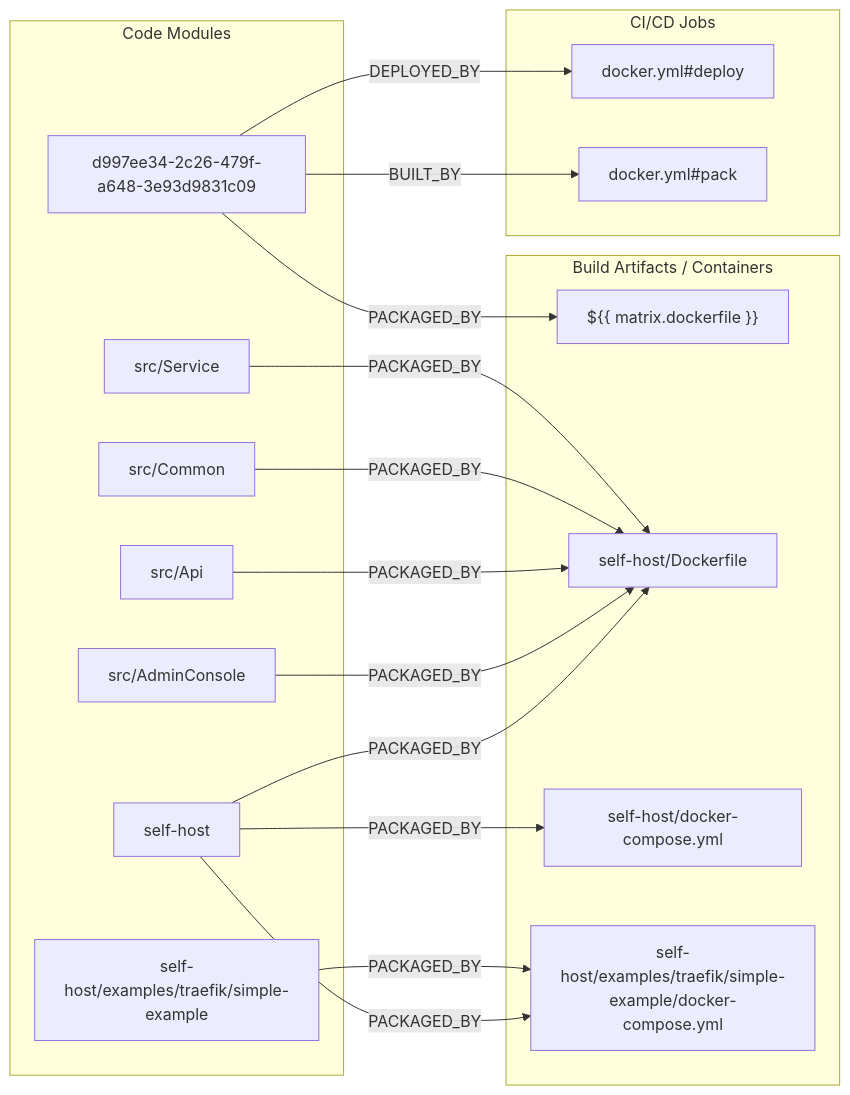
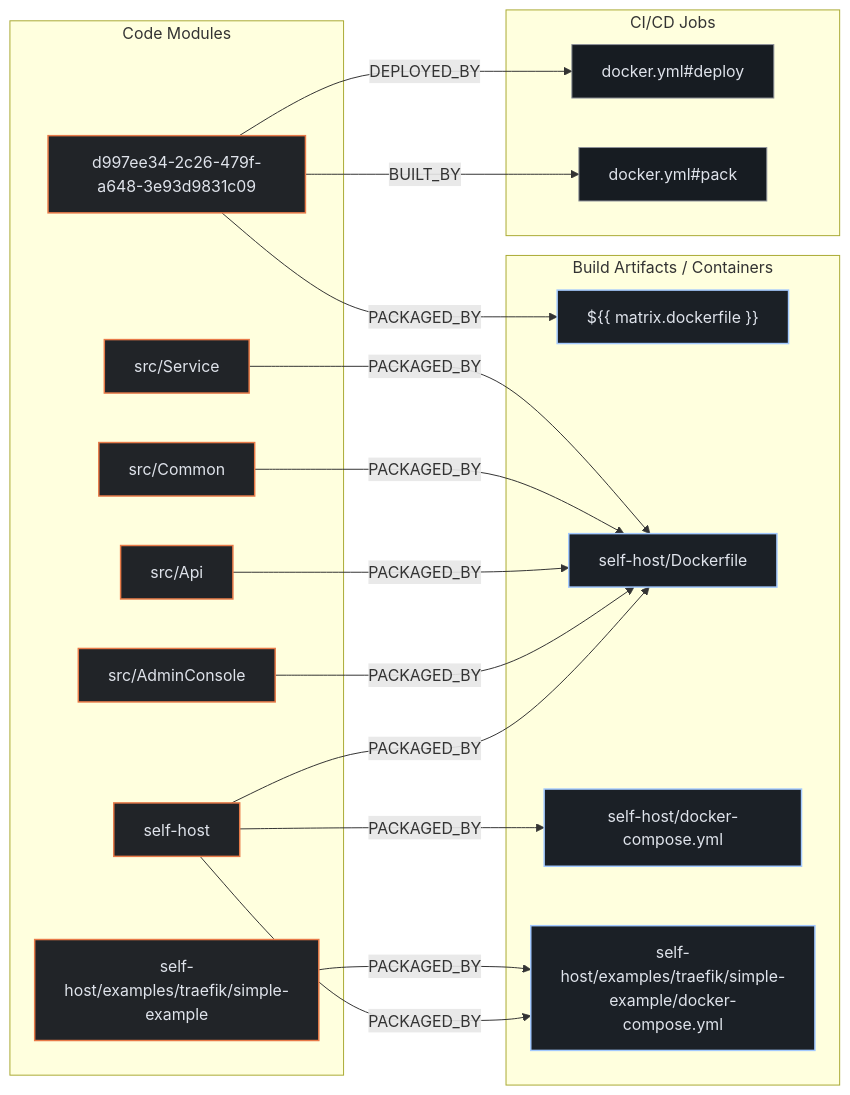
Before and after one commit to kumarshaz/atruss-code-atlas: the second of 3 diagrams in exports/latest/reports/bitwarden-passwordless-server-report.md, drawn with Mermaid. The commit also changed other lines of this file and 331 other files, not shown here.

Commit message:
docs,ui,fix: update SDLC docs, reorder CI/CD DAG first, stylize Mermaid, and fix Arc42 pipeline topology

````diff
--- a/exports/latest/reports/bitwarden-passwordless-server-report.md
+++ b/exports/latest/reports/bitwarden-passwordless-server-report.md
@@ -217,33 +224,37 @@
 ```mermaid
 flowchart LR
+    classDef atlasCategory fill:#212428,stroke:#E87A48,stroke-width:1.5px,color:#dfe3eb
+    classDef atlasWorkflow fill:#1b2026,stroke:#a3c9ff,stroke-width:1.5px,color:#dfe3eb
+    classDef atlasJob fill:#171c22,stroke:#8d9199,stroke-width:1px,color:#dfe3eb
+    classDef atlasTarget fill:#005227,stroke:#8bd99b,stroke-width:1.5px,color:#a7f6b6
     subgraph code_modules["Code Modules"]
-        mod_d997ee34_2c26_479f_a648_3e93d9831c09["d997ee34-2c26-479f-a648-3e93d9831c09"]
-        mod_self_host["self-host"]
-        mod_self_host_examples_traefik_simple_example["self-host/examples/traefik/simple-example"]
-        mod_src_AdminConsole["src/AdminConsole"]
-        mod_src_Api["src/Api"]
-        mod_src_Common["src/Common"]
-        mod_src_Service["src/Service"]
+        mod_d997ee34_2c26_479f_a648_3e93d9831c09["d997ee34-2c26-479f-a648-3e93d9831c09"]:::atlasCategory
+        mod_self_host["self-host"]:::atlasCategory
+        mod_self_host_examples_traefik_simple_example["self-host/examples/traefik/simple-example"]:::atlasCategory
+        mod_src_AdminConsole["src/AdminConsole"]:::atlasCategory
+        mod_src_Api["src/Api"]:::atlasCategory
+        mod_src_Common["src/Common"]:::atlasCategory
+        mod_src_Service["src/Service"]:::atlasCategory
     end
     subgraph build_artifacts["Build Artifacts / Containers"]
-        art_____matrix_dockerfile___["${{ matrix.dockerfile }}"]
-        art_self_host_Dockerfile["self-host/Dockerfile"]
-        art_self_host_docker_compose_yml["self-host/docker-compose.yml"]
-        art_self_host_examples_traefik_simple_example_docker_compose_yml["self-host/examples/traefik/simple-example/docker-compose.yml"]
+        art_____matrix_dockerfile___["${{ matrix.dockerfile }}"]:::atlasWorkflow
+        art_self_host_Dockerfile["self-host/Dockerfile"]:::atlasWorkflow
+        art_self_host_docker_compose_yml["self-host/docker-compose.yml"]:::atlasWorkflow
+        art_self_host_examples_traefik_simple_example_docker_compose_yml["self-host/examples/traefik/simple-example/docker-compose.yml"]:::atlasWorkflow
     end
     subgraph ci_jobs["CI/CD Jobs"]
-        job_docker_yml_deploy["docker.yml#deploy"]
-        job_docker_yml_pack["docker.yml#pack"]
+        job_docker_yml_deploy["docker.yml#deploy"]:::atlasJob
+        job_docker_yml_pack["docker.yml#pack"]:::atlasJob
     end
     mod_d997ee34_2c26_479f_a648_3e93d9831c09 -->|BUILT_BY| job_docker_yml_pack
     mod_d997ee34_2c26_479f_a648_3e93d9831c09 -->|DEPLOYED_BY| job_docker_yml_deploy
     mod_d997ee34_2c26_479f_a648_3e93d9831c09 -->|PACKAGED_BY| art_____matrix_dockerfile___
     mod_self_host -->|PACKAGED_BY| art_self_host_Dockerfile
     mod_self_host -->|PACKAGED_BY| art_self_host_docker_compose_yml
     mod_self_host -->|PACKAGED_BY| art_self_host_examples_traefik_simple_example_docker_compose_yml
     mod_self_host_examples_traefik_simple_example -->|PACKAGED_BY| art_self_host_examples_traefik_simple_example_docker_compose_yml
     mod_src_AdminConsole -->|PACKAGED_BY| art_self_host_Dockerfile
     mod_src_Api -->|PACKAGED_BY| art_self_host_Dockerfile
     mod_src_Common -->|PACKAGED_BY| art_self_host_Dockerfile
     mod_src_Service -->|PACKAGED_BY| art_self_host_Dockerfile
 ```
````
